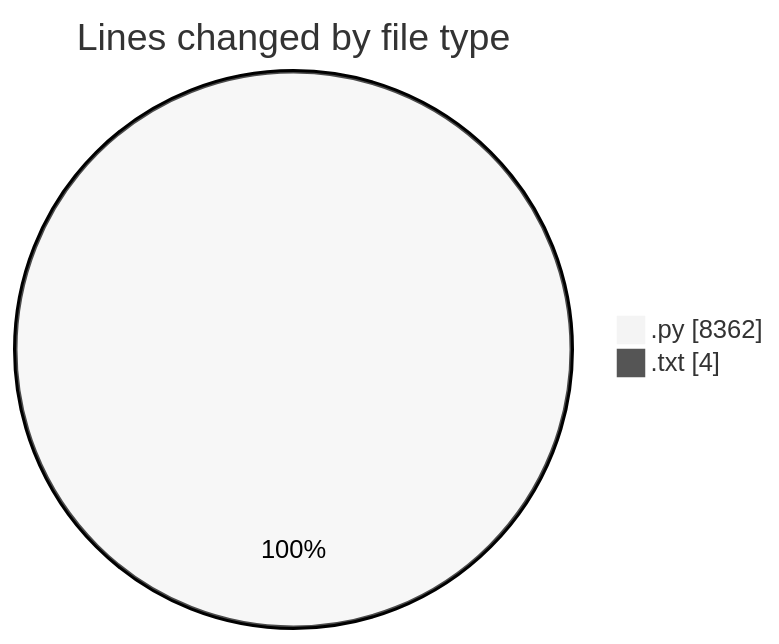
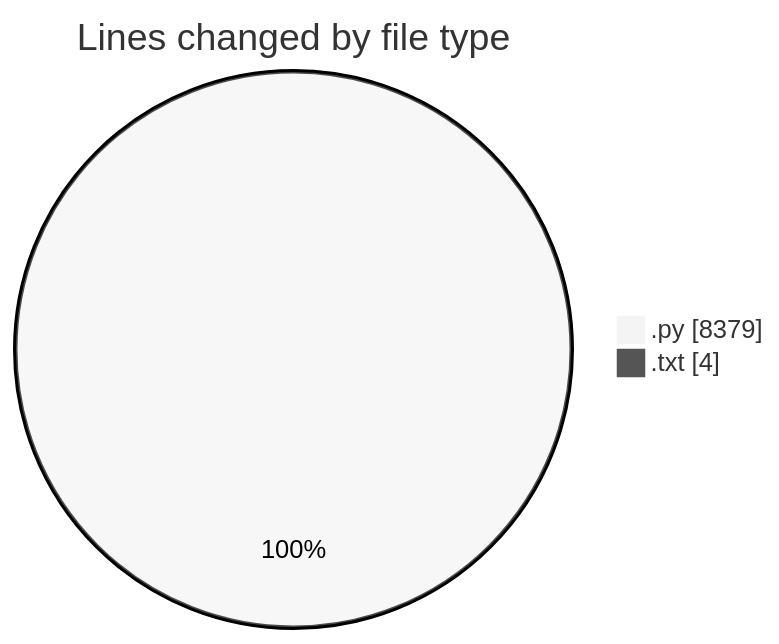
Before and after one commit to CELIANVF/code-tracking: the first of 2 diagrams in 2025-06-01/video_app/README.md, drawn with Mermaid (neutral theme). The commit also changed other lines of this file and 1 other file, not shown here.

````diff
--- a/2025-06-01/video_app/README.md
+++ b/2025-06-01/video_app/README.md
@@ -29,6 +29,6 @@
 ```mermaid
 pie showData
 title Lines changed by file type
-".py" : 8362
+".py" : 8379
 ".txt" : 4
 ```
````
